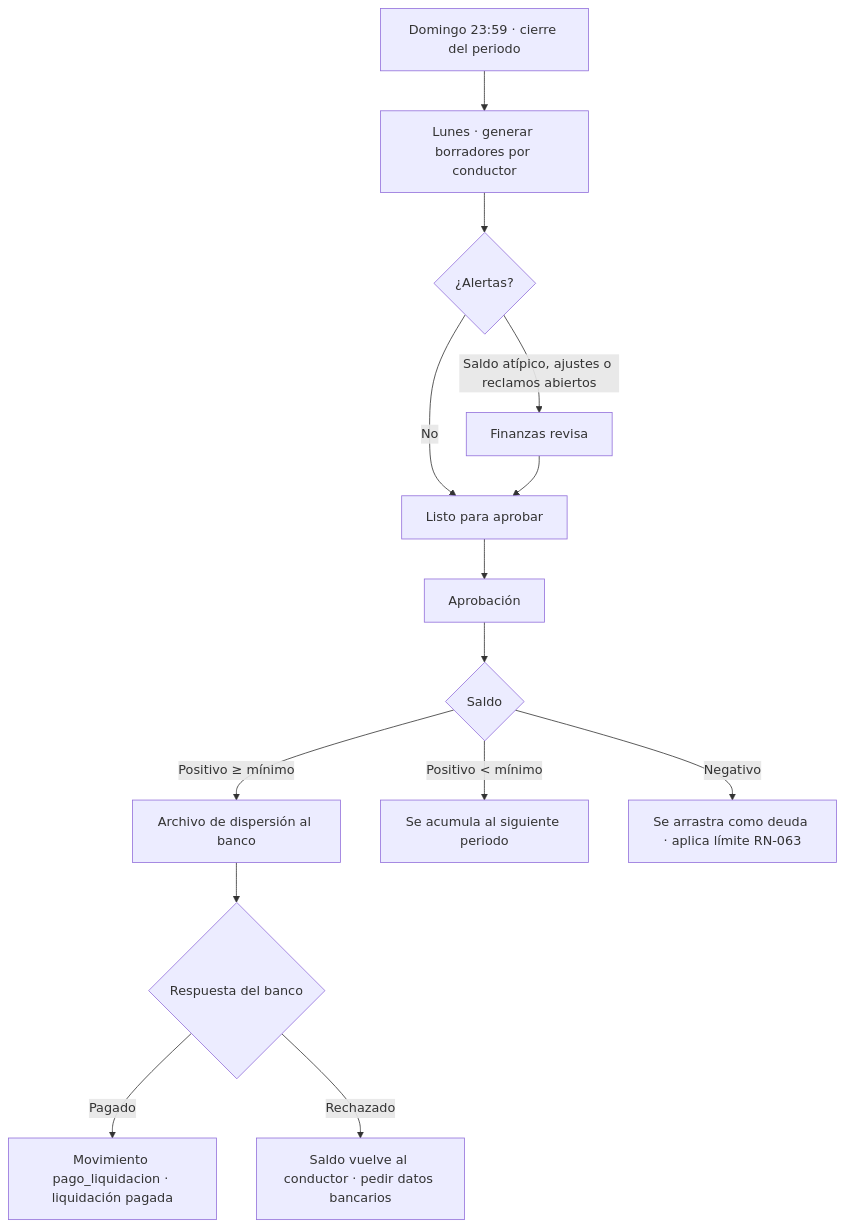
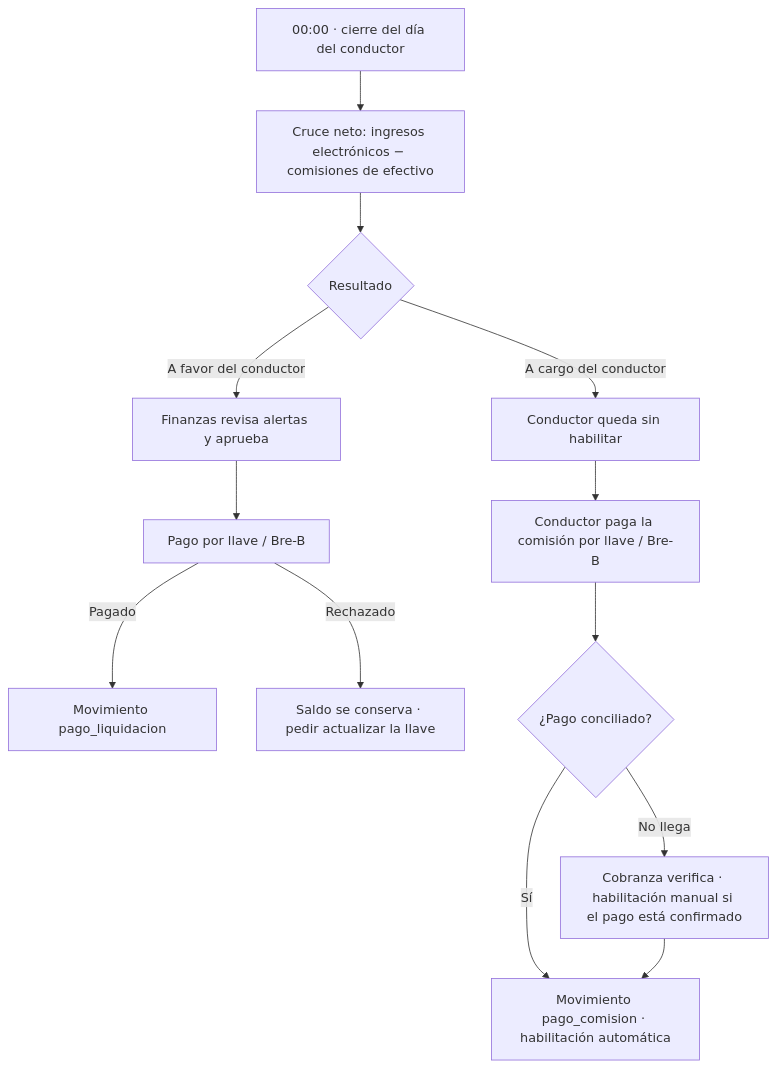
Before and after one commit to victorquintero0/transportaya: the fifth of 7 diagrams in docs/07-flujos-principales.md, drawn with Mermaid. The commit also changed other lines of this file and 17 other files, not shown here.

````diff
--- a/docs/07-flujos-principales.md
+++ b/docs/07-flujos-principales.md
@@ -141,16 +141,15 @@
 ```mermaid
 flowchart TD
-    A[Domingo 23:59 · cierre del periodo] --> B[Lunes · generar borradores por conductor]
-    B --> C{¿Alertas?}
-    C -->|Saldo atípico, ajustes o reclamos abiertos| D[Finanzas revisa]
-    C -->|No| E[Listo para aprobar]
-    D --> E
-    E --> F[Aprobación]
-    F --> G{Saldo}
-    G -->|Positivo ≥ mínimo| H[Archivo de dispersión al banco]
-    G -->|Positivo < mínimo| I[Se acumula al siguiente periodo]
-    G -->|Negativo| J[Se arrastra como deuda · aplica límite RN-063]
-    H --> K{Respuesta del banco}
-    K -->|Pagado| L[Movimiento pago_liquidacion · liquidación pagada]
-    K -->|Rechazado| M[Saldo vuelve al conductor · pedir datos bancarios]
+    A[00:00 · cierre del día del conductor] --> B[Cruce neto: ingresos electrónicos − comisiones de efectivo]
+    B --> C{Resultado}
+    C -->|A favor del conductor| D[Finanzas revisa alertas y aprueba]
+    D --> E[Pago por llave / Bre-B]
+    E -->|Pagado| F[Movimiento pago_liquidacion]
+    E -->|Rechazado| G[Saldo se conserva · pedir actualizar la llave]
+    C -->|A cargo del conductor| H[Conductor queda sin habilitar]
+    H --> I[Conductor paga la comisión por llave / Bre-B]
+    I --> J{¿Pago conciliado?}
+    J -->|Sí| K[Movimiento pago_comision · habilitación automática]
+    J -->|No llega| L[Cobranza verifica · habilitación manual si el pago está confirmado]
+    L --> K
 ```
````
